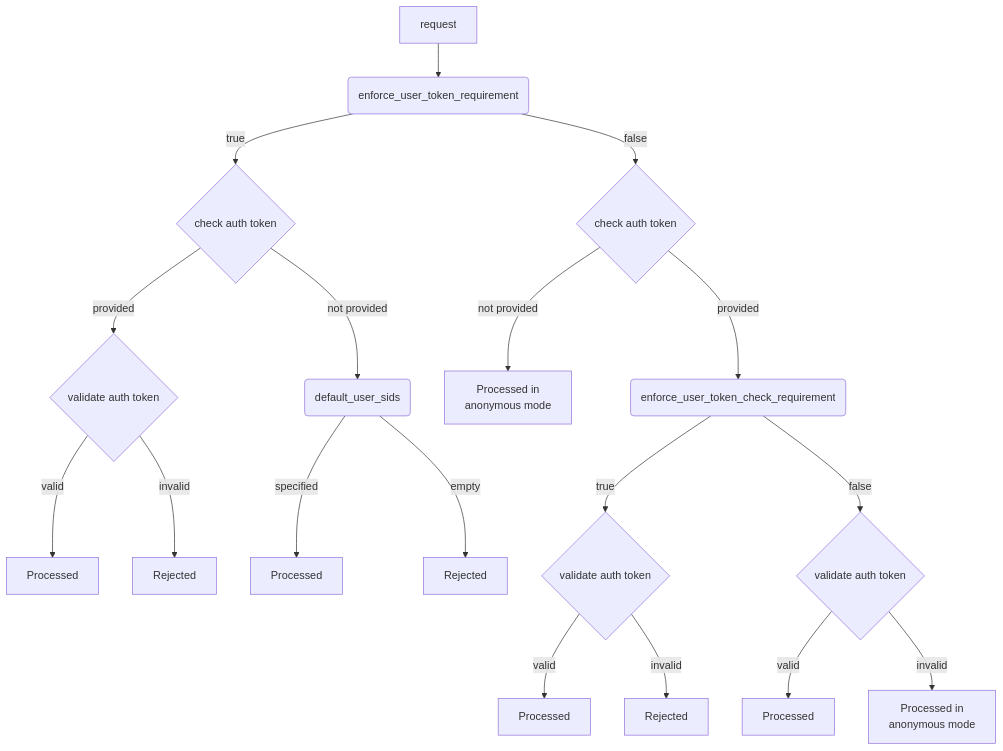
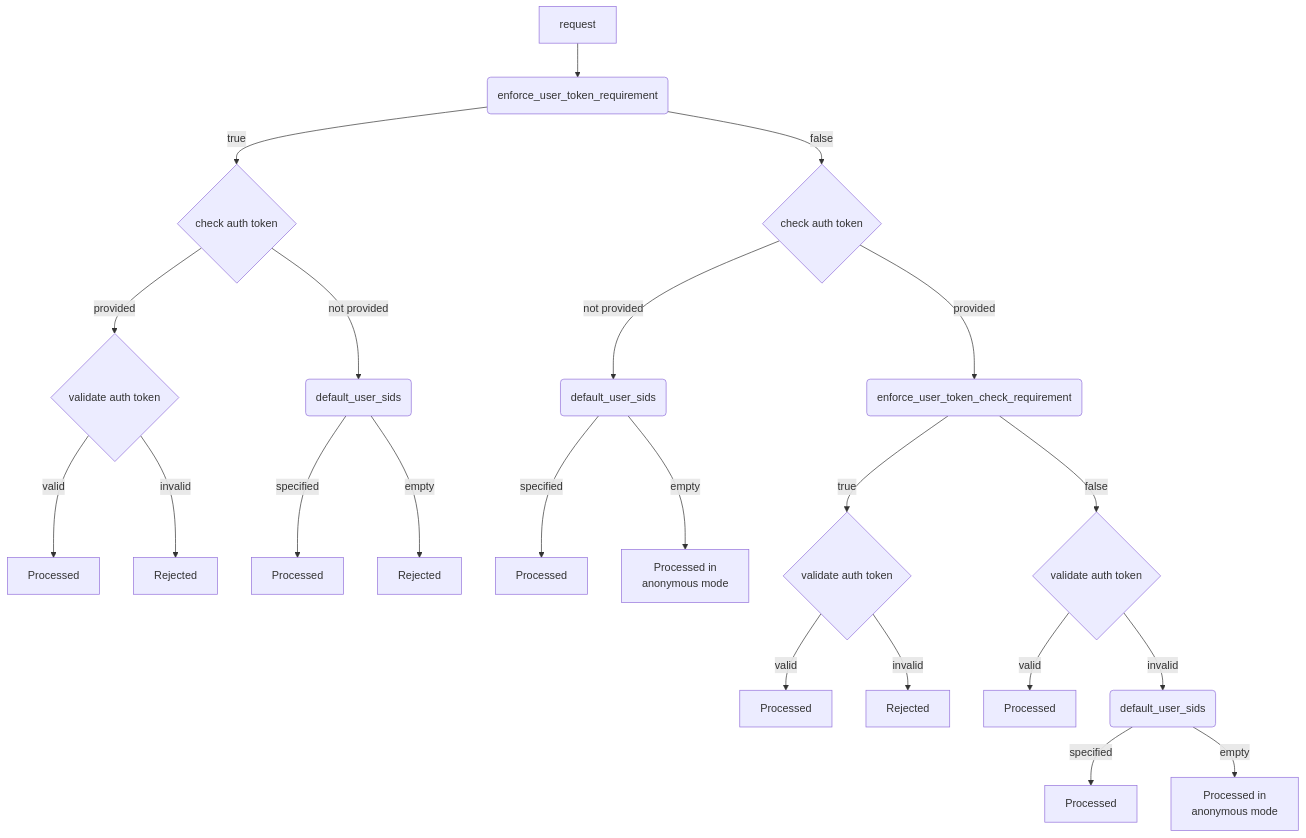
The diagram in ydb/docs/en/core/reference/configuration/security_config.md (ydb-platform/ydb), drawn with Mermaid before and after one commit. The commit also changed 1 other file, not shown here.

````diff
--- a/ydb/docs/en/core/reference/configuration/security_config.md
+++ b/ydb/docs/en/core/reference/configuration/security_config.md
@@ -87,34 +87,43 @@
 ```mermaid
 flowchart TD
     request --> enforce
 
     enforce  --> |true| q1{check auth token}
 
         q1 --> |provided| q11{validate auth token}
 
             q11 --> |valid| p[Processed]
             q11 --> |invalid| r[Rejected]
 
         q1 --> |not provided| default
 
         default --> |specified| r2[Processed]
         default --> |empty| r3[Rejected]
 
     enforce  --> |false| auth-token{check auth token}
 
-        auth-token --> |not provided| anonym[Processed in
-        anonymous mode]
+        auth-token --> |not provided| default2
+
+            default2 --> |specified| default2_specified[Processed]
+            default2 --> |empty| default2_empty[Processed in
+            anonymous mode]
+
         auth-token --> |provided| check
 
             check --> |true| q2{validate auth token}
                 q2 --> |valid| r4[Processed]
                 q2 --> |invalid| r5[Rejected]
             check --> |false| q3{validate auth token}
                 q3 --> |valid| r6[Processed]
-                q3 --> |invalid| r7[Processed in
-                anonymous mode]
+                q3 --> |invalid| default3
 
+                    default3 --> |specified| default3_specified[Processed]
+                    default3 --> |empty| default3_empty[Processed in
+            anonymous mode]
+
+default3(default_user_sids)
+default2(default_user_sids)
 default(default_user_sids)
 enforce(enforce_user_token_requirement)
 check(enforce_user_token_check_requirement)
 ```
````
